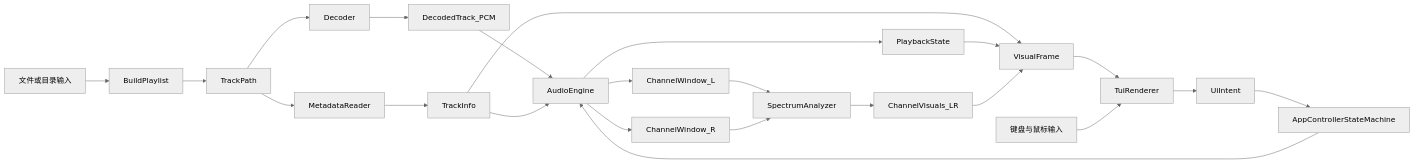
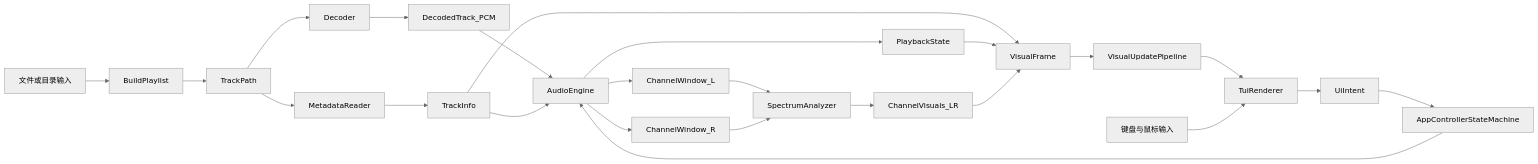
The fourth of 4 diagrams in docs/dev/architecture_zh-CN.md (virtualguard101/vocalplayer), drawn with Mermaid (neutral theme) before and after one commit. The commit also changed other lines of this file and 12 other files, not shown here.

````diff
--- a/docs/dev/architecture_zh-CN.md
+++ b/docs/dev/architecture_zh-CN.md
@@ -178,25 +189,26 @@
 ```mermaid
 flowchart LR
   fileInput[文件或目录输入] --> playlistBuilder[BuildPlaylist]
   playlistBuilder --> trackPath[TrackPath]
   trackPath --> decoder[Decoder]
   decoder --> decodedTrack[DecodedTrack_PCM]
   trackPath --> metadataReader[MetadataReader]
   metadataReader --> trackInfo[TrackInfo]
   decodedTrack --> audioEngine[AudioEngine]
   trackInfo --> audioEngine
   audioEngine --> channelWindowL[ChannelWindow_L]
   audioEngine --> channelWindowR[ChannelWindow_R]
   channelWindowL --> spectrumAnalyzer[SpectrumAnalyzer]
   channelWindowR --> spectrumAnalyzer
   spectrumAnalyzer --> channelVisuals[ChannelVisuals_LR]
   audioEngine --> playbackState[PlaybackState]
   trackInfo --> visualFrame[VisualFrame]
   playbackState --> visualFrame
   channelVisuals --> visualFrame
-  visualFrame --> tuiRenderer[TuiRenderer]
+  visualFrame --> visualPipeline[VisualUpdatePipeline]
+  visualPipeline --> tuiRenderer[TuiRenderer]
   userInput[键盘与鼠标输入] --> tuiRenderer
   tuiRenderer --> uiIntent[UiIntent]
   uiIntent --> appController[AppControllerStateMachine]
   appController --> audioEngine
 ```
````
